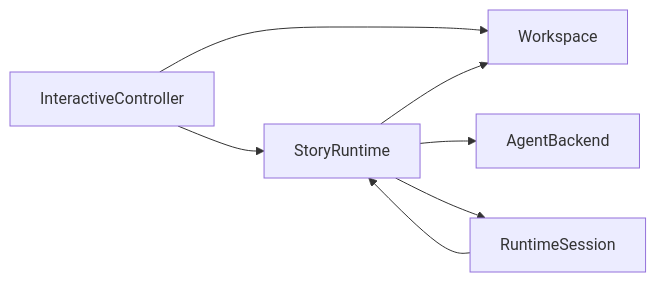
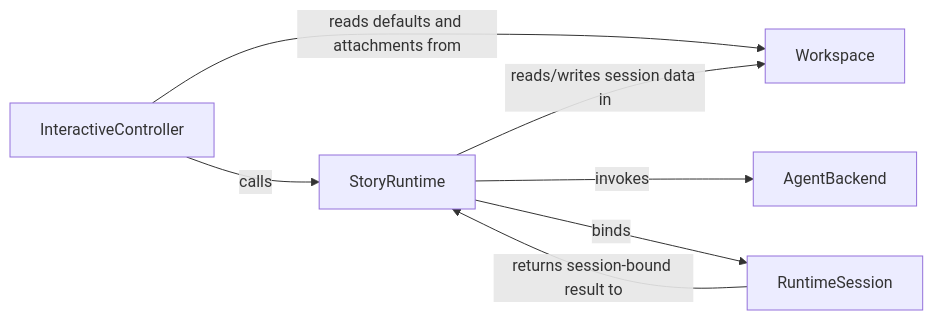
One commit to Kims-DeveloperGroup/story-writing-agents changed the third of 9 diagrams in docs/design/overview.md. Above: the diagram before and after it, drawn with Mermaid. The commit also changed other lines of this file, not shown here.

Commit message:
Label diagram links and add short diagram descriptions

````diff
--- a/docs/design/overview.md
+++ b/docs/design/overview.md
@@ -188,15 +190,15 @@
 ```mermaid
 flowchart LR
     IC[InteractiveController]
     RT[StoryRuntime]
     WS[Workspace]
     CS[RuntimeSession]
     AB[AgentBackend]
 
-    IC --> RT
-    IC --> WS
-    RT --> WS
-    RT --> AB
-    RT --> CS
-    CS --> RT
+    IC -->|calls| RT
+    IC -->|reads defaults and attachments from| WS
+    RT -->|reads/writes session data in| WS
+    RT -->|invokes| AB
+    RT -->|binds| CS
+    CS -->|returns session-bound result to| RT
 ```
````
